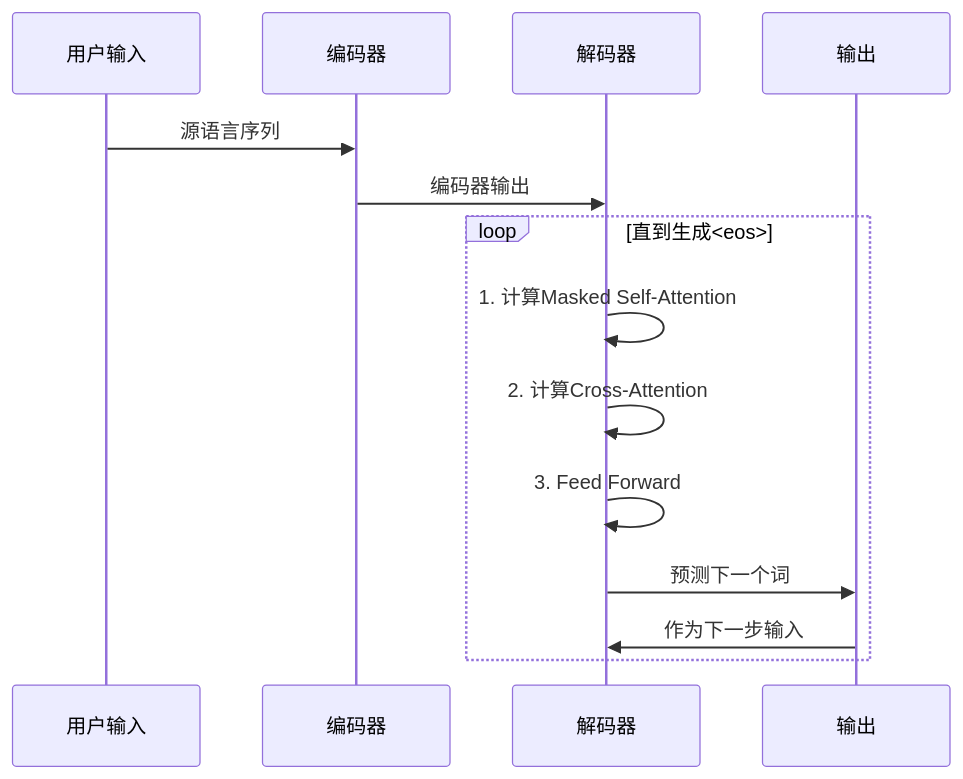
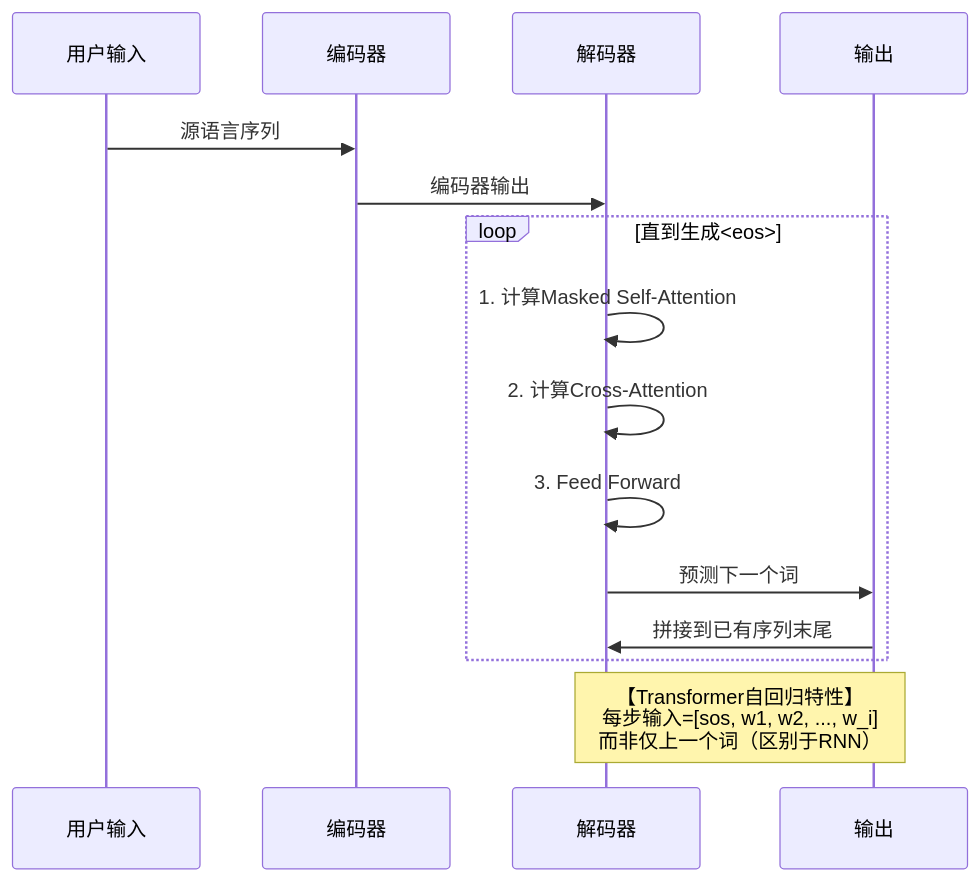
One commit to Redmoon-2333/NLP changed diagram 25 of 26 in 06_Transformer模型.md. Above: the diagram before and after it, drawn with Mermaid. The commit also changed other lines of this file and 20 other files, not shown here.

````diff
--- a/06_Transformer模型.md
+++ b/06_Transformer模型.md
@@ -2094,18 +2094,20 @@
 ```mermaid
 sequenceDiagram
     participant User as 用户输入
     participant Encoder as 编码器
     participant Decoder as 解码器
     participant Output as 输出
     
     User->>Encoder: 源语言序列
     Encoder->>Decoder: 编码器输出
     
     loop 直到生成<eos>
         Decoder->>Decoder: 1. 计算Masked Self-Attention
         Decoder->>Decoder: 2. 计算Cross-Attention
         Decoder->>Decoder: 3. Feed Forward
         Decoder->>Output: 预测下一个词
-        Output->>Decoder: 作为下一步输入
+        Output->>Decoder: 拼接到已有序列末尾
     end
+    
+    Note over Decoder,Output: 【Transformer自回归特性】<br/>每步输入=[sos, w1, w2, ..., w_i]<br/>而非仅上一个词（区别于RNN）
 ```
````
